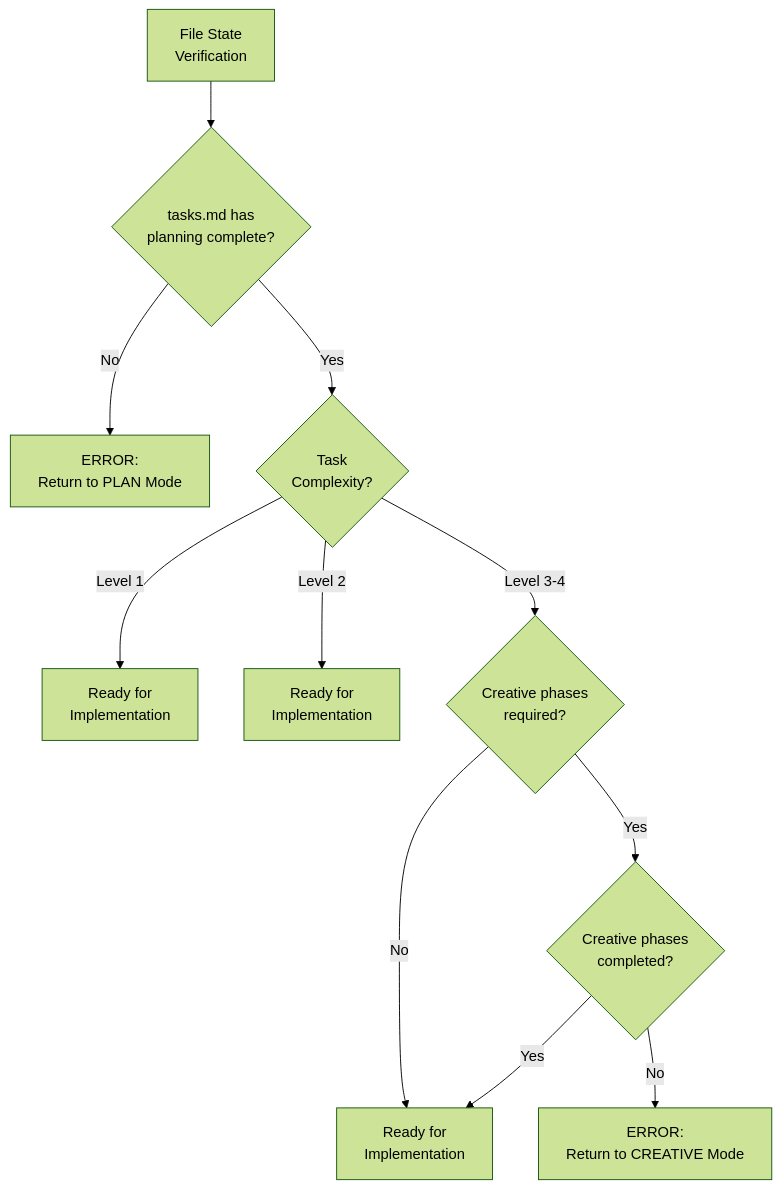
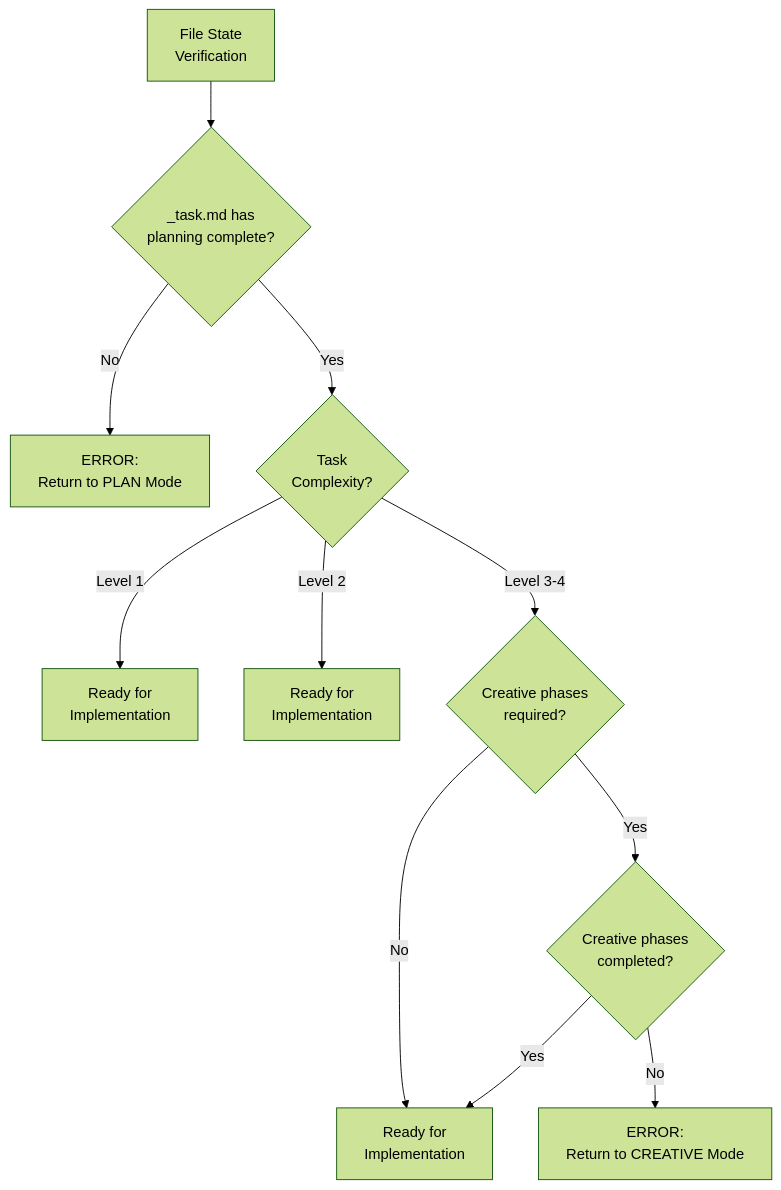
The second of 5 diagrams in .cursor/rules/isolation_rules/visual-maps/implement-mode-map.mdc (vanzan01/cursor-memory-bank), drawn with Mermaid (forest theme) before and after one commit. The commit also changed other lines of this file and 52 other files, not shown here.

Commit message:
Добавлены новые правила для управления активными задачами и генерации сообщений коммитов. Обновлены существующие правила для улучшения логики обработки контекста и управления задачами. Включены инструкции по созданию заметок для релиза и улучшены диаграммы процесса для режимов ARCHIVE и CREATIVE.

````diff
--- a/.cursor/rules/isolation_rules/visual-maps/implement-mode-map.mdc
+++ b/.cursor/rules/isolation_rules/visual-maps/implement-mode-map.mdc
@@ -111,19 +111,19 @@
 ```mermaid
 graph TD
-    Start["File State<br>Verification"] --> CheckTasks{"tasks.md has<br>planning complete?"}
+    Start["File State<br>Verification"] --> CheckTasks{"_task.md has<br>planning complete?"}
 
     CheckTasks -->|"No"| ErrorPlan["ERROR:<br>Return to PLAN Mode"]
     CheckTasks -->|"Yes"| CheckLevel{"Task<br>Complexity?"}
 
     CheckLevel -->|"Level 1"| L1Ready["Ready for<br>Implementation"]
 
     CheckLevel -->|"Level 2"| L2Ready["Ready for<br>Implementation"]
 
     CheckLevel -->|"Level 3-4"| CheckCreative{"Creative phases<br>required?"}
 
     CheckCreative -->|"No"| L34Ready["Ready for<br>Implementation"]
     CheckCreative -->|"Yes"| VerifyCreative{"Creative phases<br>completed?"}
 
     VerifyCreative -->|"No"| ErrorCreative["ERROR:<br>Return to CREATIVE Mode"]
     VerifyCreative -->|"Yes"| L34Ready
 ```
````
